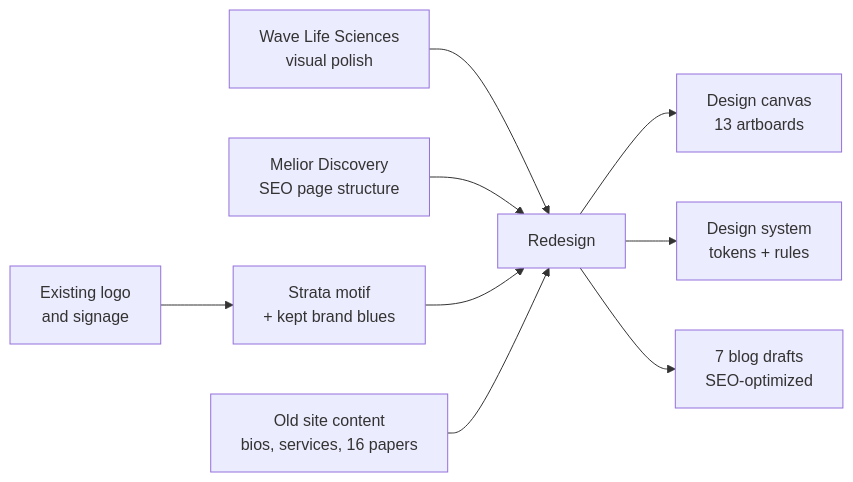
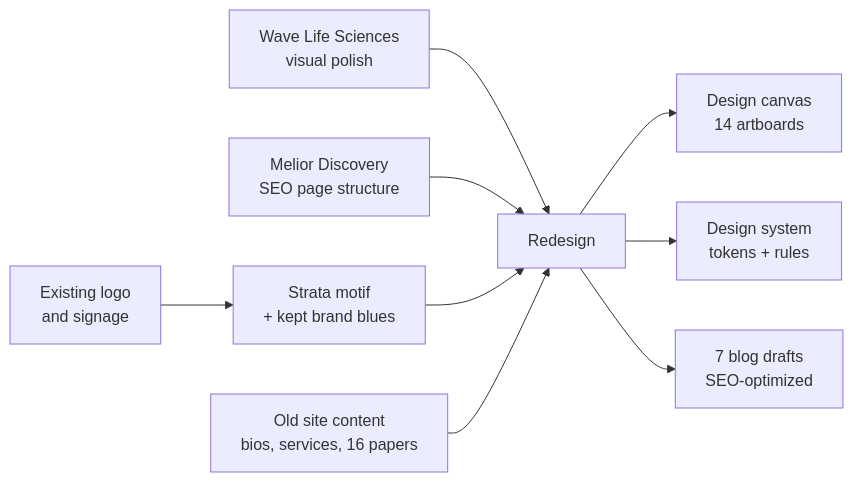
The first of 8 diagrams in README.md (CptNope/Alpha-Preclinical), drawn with Mermaid before and after one commit. The commit also changed other lines of this file and 39 other files, not shown here.

````diff
--- a/README.md
+++ b/README.md
@@ -49,11 +49,11 @@
 ```mermaid
 flowchart LR
     A["Existing logo<br/>and signage"] --> D["Strata motif<br/>+ kept brand blues"]
     B["Wave Life Sciences<br/>visual polish"] --> E["Redesign"]
     C["Melior Discovery<br/>SEO page structure"] --> E
     D --> E
     F["Old site content<br/>bios, services, 16 papers"] --> E
-    E --> G["Design canvas<br/>13 artboards"]
+    E --> G["Design canvas<br/>14 artboards"]
     E --> H["Design system<br/>tokens + rules"]
     E --> I["7 blog drafts<br/>SEO-optimized"]
 ```
````
